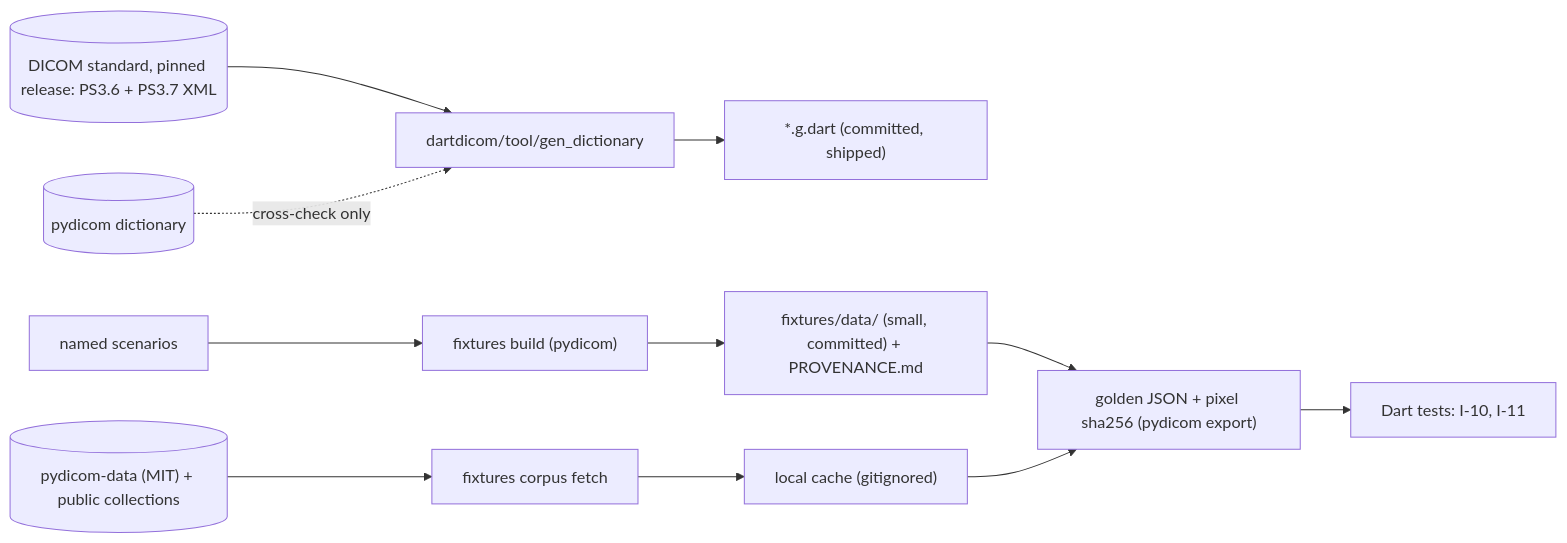
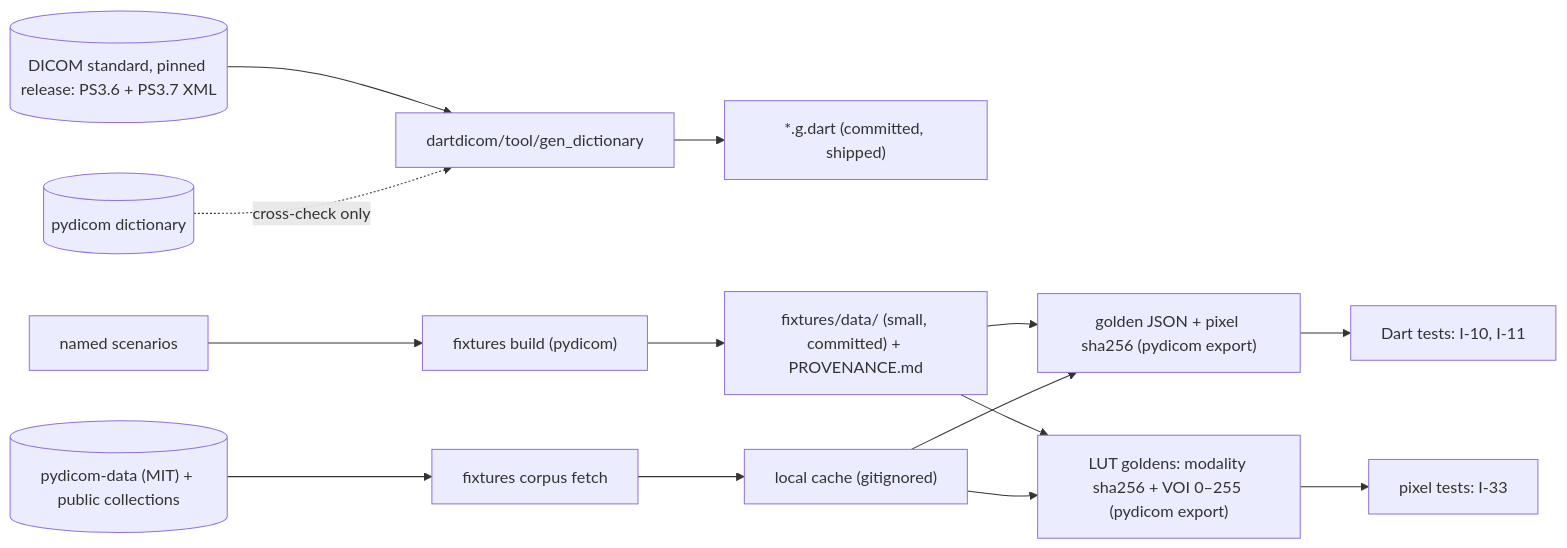
One commit to Lightbridge-KS/dartdicom changed the sixth of 6 diagrams in docs/design/02-data-architecture.md. Above: the diagram before and after it, drawn with Mermaid. The commit also changed other lines of this file and 5 other files, not shown here.

````diff
--- a/docs/design/02-data-architecture.md
+++ b/docs/design/02-data-architecture.md
@@ -261,13 +261,16 @@
 ```mermaid
 flowchart LR
     nema[("DICOM standard, pinned release: PS3.6 + PS3.7 XML")] --> gen["dartdicom/tool/gen_dictionary"]
     gen --> g["*.g.dart (committed, shipped)"]
     pyd[("pydicom dictionary")] -. "cross-check only" .-> gen
     scen["named scenarios"] --> mk["fixtures build (pydicom)"]
     corp[("pydicom-data (MIT) + public collections")] --> fetch["fixtures corpus fetch"]
     mk --> fx["fixtures/data/ (small, committed) + PROVENANCE.md"]
     fetch --> cache["local cache (gitignored)"]
     fx --> gold["golden JSON + pixel sha256 (pydicom export)"]
     cache --> gold
     gold --> tests["Dart tests: I-10, I-11"]
+    fx --> lutg["LUT goldens: modality sha256 + VOI 0–255 (pydicom export)"]
+    cache --> lutg
+    lutg --> ptests["pixel tests: I-33"]
 ```
````
